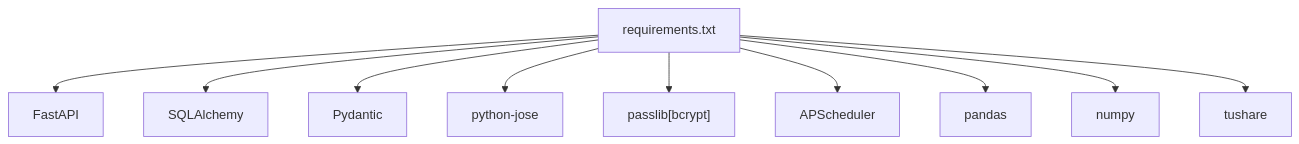
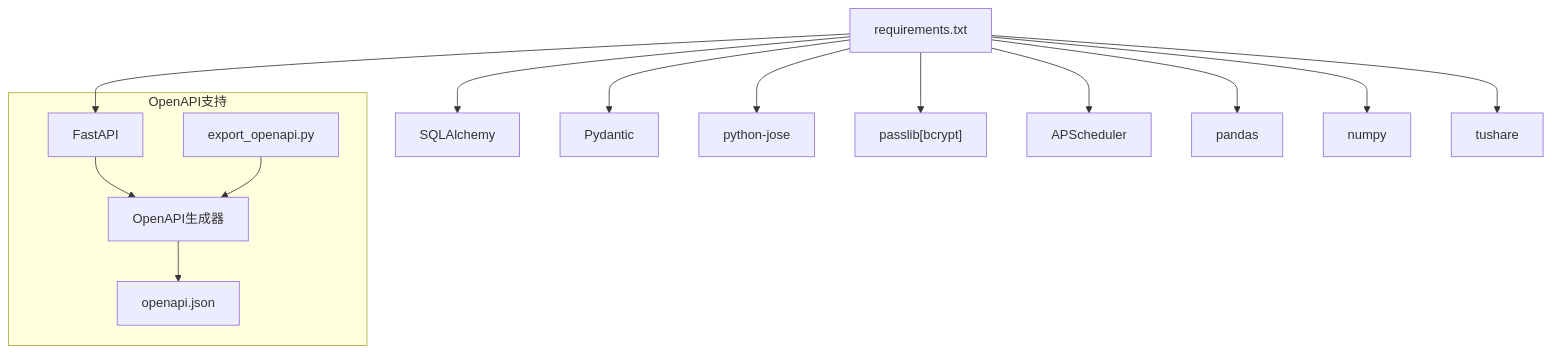
One commit to gujialind/InvestRing changed the third of 7 diagrams in .qoder/repowiki/zh/content/后端API文档/后端API文档.md. Above: the diagram before and after it, drawn with Mermaid. The commit also changed other lines of this file and 53 other files, not shown here.

````diff
--- a/.qoder/repowiki/zh/content/后端API文档/后端API文档.md
+++ b/.qoder/repowiki/zh/content/后端API文档/后端API文档.md
@@ -483,12 +697,17 @@
 ```mermaid
 graph TB
 Req["requirements.txt"] --> FA["FastAPI"]
 Req --> SA["SQLAlchemy"]
 Req --> PD["Pydantic"]
 Req --> JO["python-jose"]
 Req --> PB["passlib[bcrypt]"]
 Req --> AP["APScheduler"]
 Req --> PDa["pandas"]
 Req --> NP["numpy"]
 Req --> TS["tushare"]
+subgraph "OpenAPI支持"
+FA --> OA["OpenAPI生成器"]
+Exp["export_openapi.py"] --> OA
+OA --> Spec["openapi.json"]
+end
 ```
````
